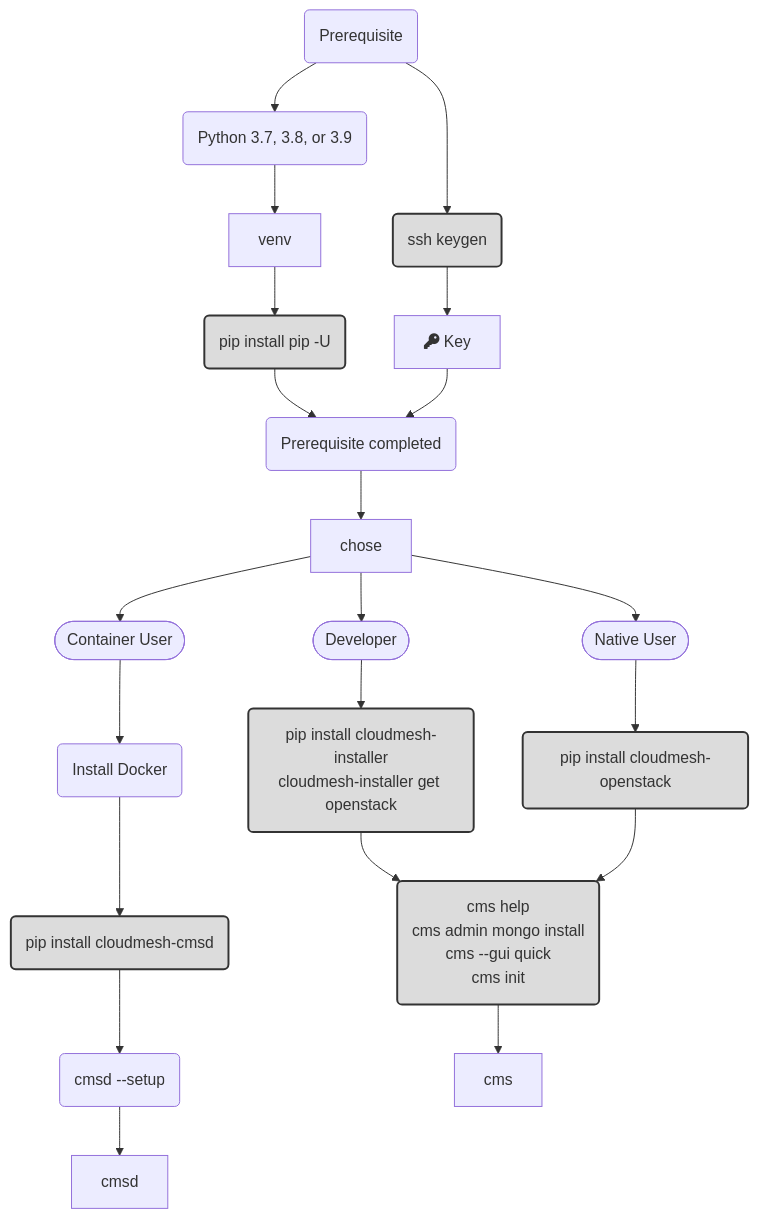
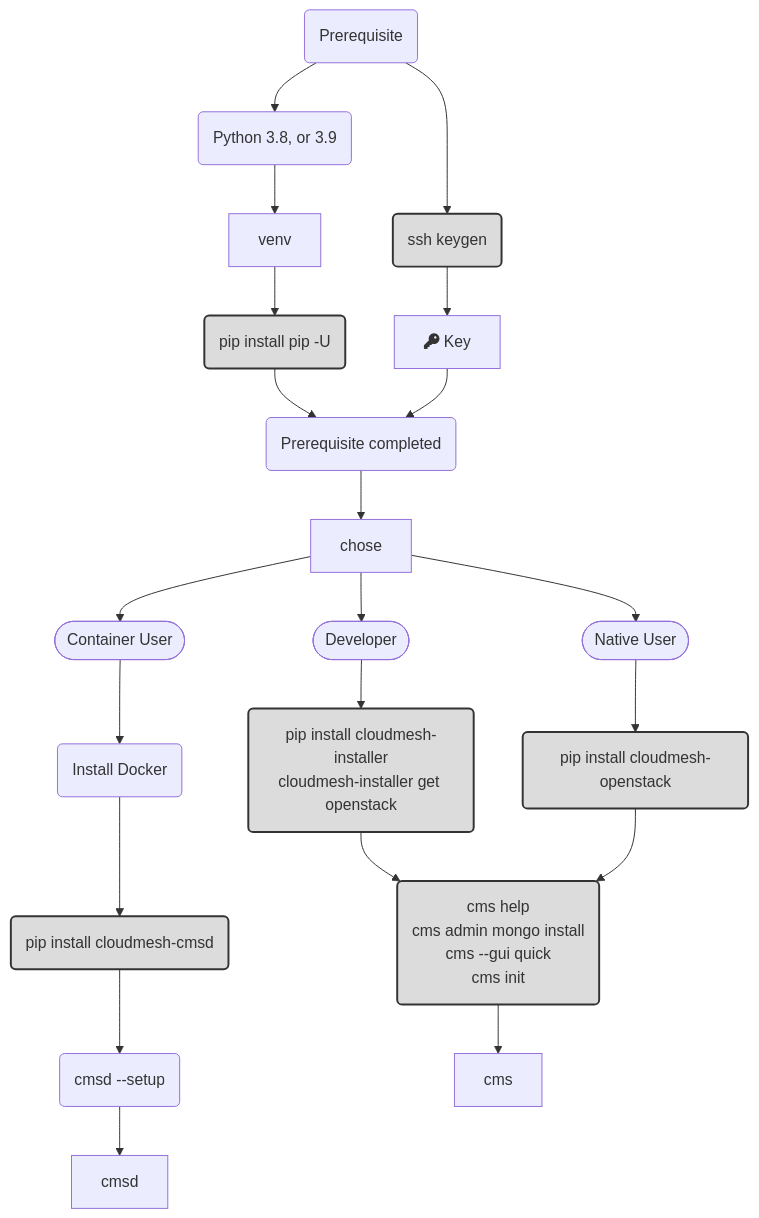
One commit to cloudmesh/cloudmesh-manual changed the diagram in docs-source/source/installation/os/install-linux.rst. Above: the diagram before and after it, drawn with Mermaid. The commit also changed 227 other files, not shown here.

```diff
--- a/docs-source/source/installation/os/install-linux.rst
+++ b/docs-source/source/installation/os/install-linux.rst
@@ -66,37 +66,37 @@
 .. mermaid::
 
    graph TD
 
 
-      A(Prerequisite) --> python(Python 3.7, 3.8, or 3.9)
+      A(Prerequisite) --> python(Python 3.8, or 3.9)
       python --> venv
       venv --> pip(pip install pip -U)
       pip --> install(Prerequisite completed)
       key --> install
       A --> keygen(ssh keygen)
       keygen -->key[fa:fa-key Key]
       install --> chose
 
       chose-->cuser([Container User])
       chose-->nuser([Native User])
       chose-->duser([Developer])
 
       duser-->dev(pip install cloudmesh-installer<br/>cloudmesh-installer get openstack)
       nuser-->user(pip install cloudmesh-openstack)
       cuser--> idocker(Install Docker)
       idocker--> container(pip install cloudmesh-cmsd)
 
       setup(cms help<br/>cms admin mongo install<br/>cms --gui quick<br/>cms init)
       dev-->setup
       user-->setup
       container-->setupd(cmsd --setup)
 
       setup-->cms
       setupd-->cmsd
 
       style keygen fill:gainsboro,stroke:#333,stroke-width:2px
       style dev fill:gainsboro,stroke:#333,stroke-width:2px
       style user fill:gainsboro,stroke:#333,stroke-width:2px
       style container fill:gainsboro,stroke:#333,stroke-width:2px
       style setup fill:gainsboro,stroke:#333,stroke-width:2px
       style pip fill:gainsboro,stroke:#333,stroke-width:2px
```
